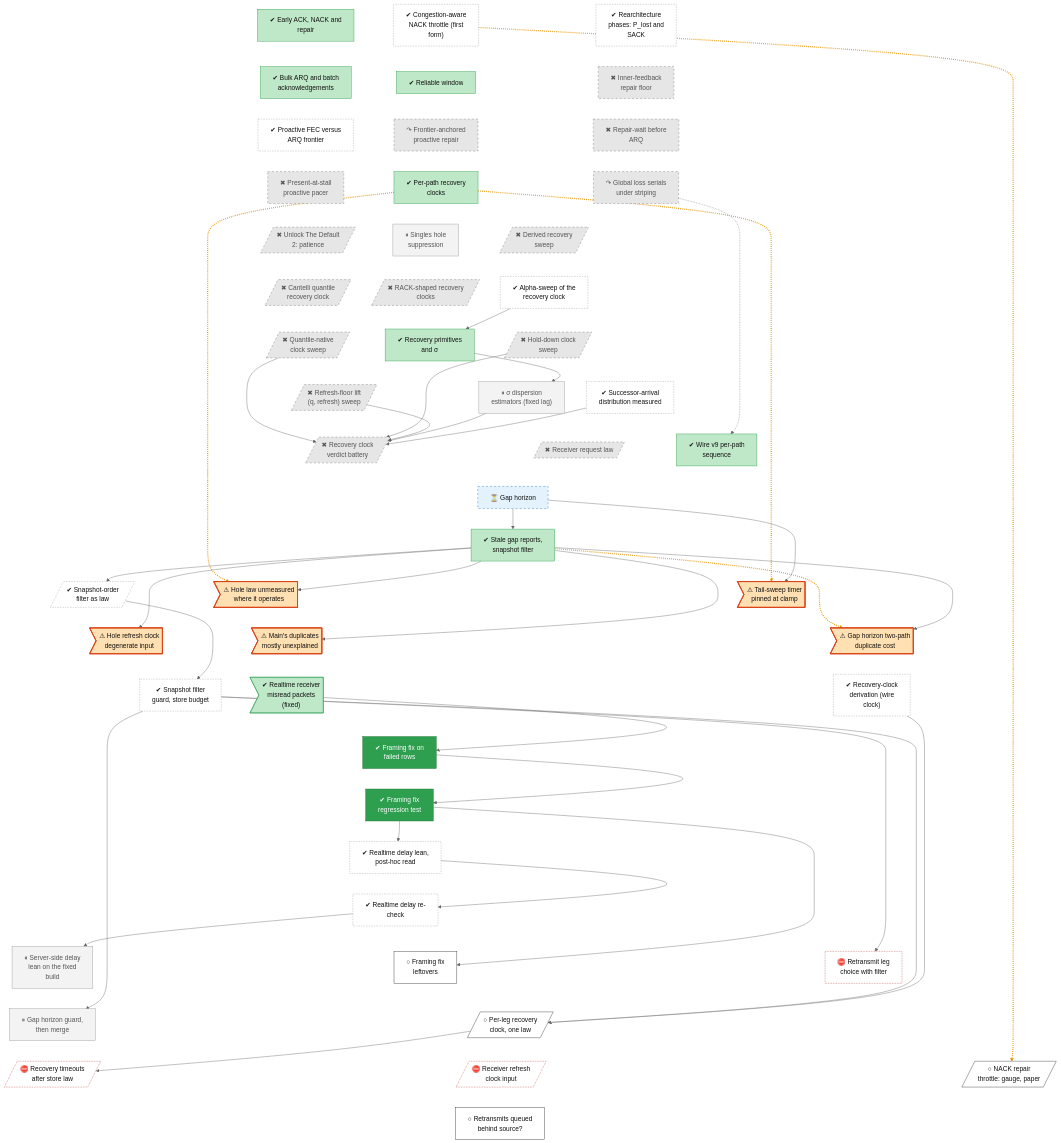
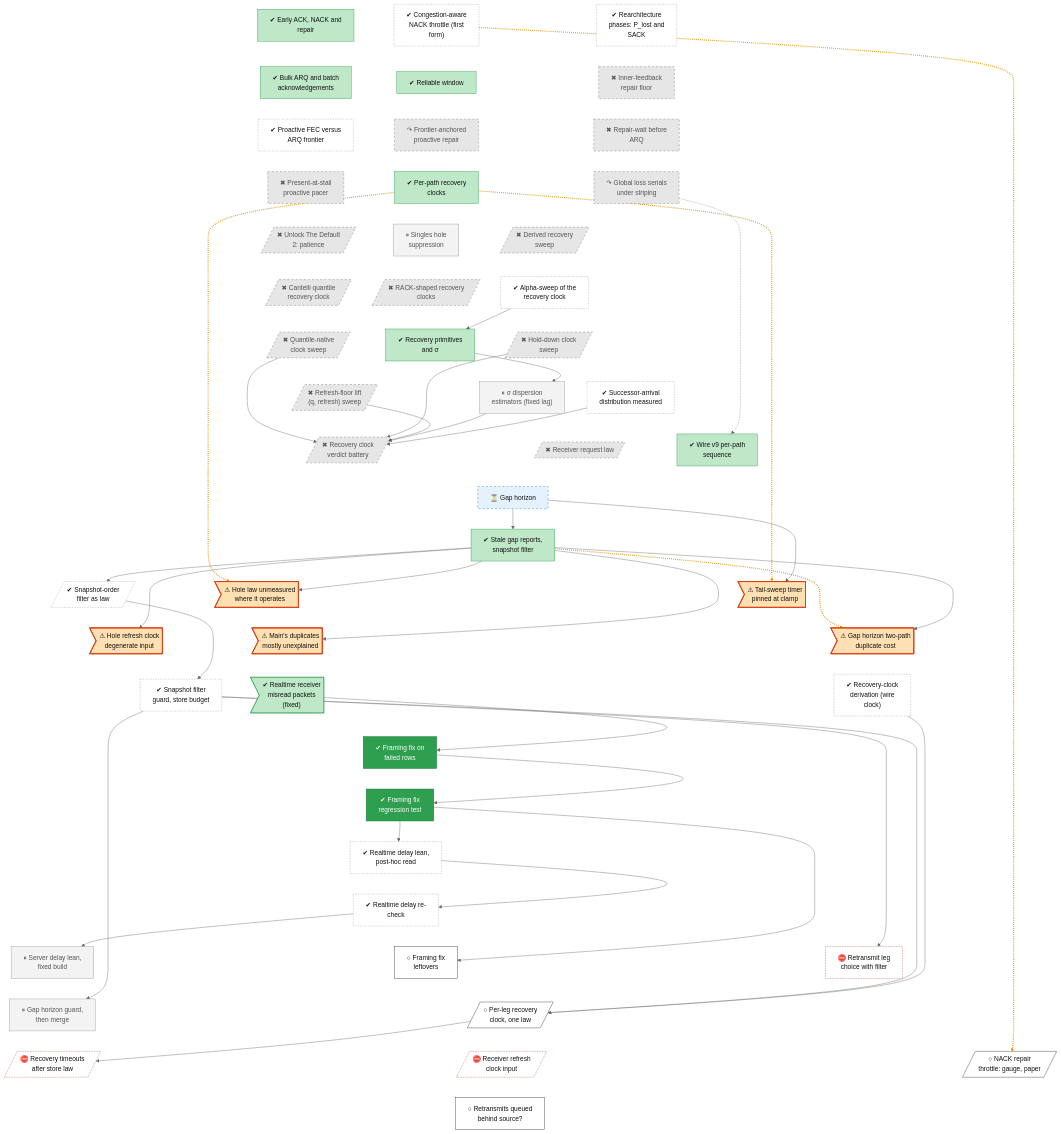
Before and after one commit to lhns/raptorpath: the diagram in docs/roadmap/tracks/rec.md, drawn with Mermaid (neutral theme). The commit also changed other lines of this file and 6 other files, not shown here.

First line of the commit message:
wip: §51 Amendments 4-5 and roadmap (test lines pending)

```diff
--- a/docs/roadmap/tracks/rec.md
+++ b/docs/roadmap/tracks/rec.md
@@ -51,7 +51,7 @@
     rec_f2_merge_guard["✔ Framing fix<br/>regression test"]
     rec_s64_delay_lean["✔ Realtime delay lean,<br/>post-hoc read"]
     rec_realtime_delay_recheck["✔ Realtime delay re-<br/>check"]
-    rec_realtime_srv_lag_lean["⏸ Server-side delay<br/>lean on the fixed<br/>build"]
+    rec_realtime_srv_lag_lean["⏸ Server delay lean,<br/>fixed build"]
     rec_framing_followups["○ Framing fix<br/>leftovers"]
     rec_w0_leg_question["⛔ Retransmit leg<br/>choice with filter"]
     rec_leverb_guard["⏸ Gap horizon guard,<br/>then merge"]
```
